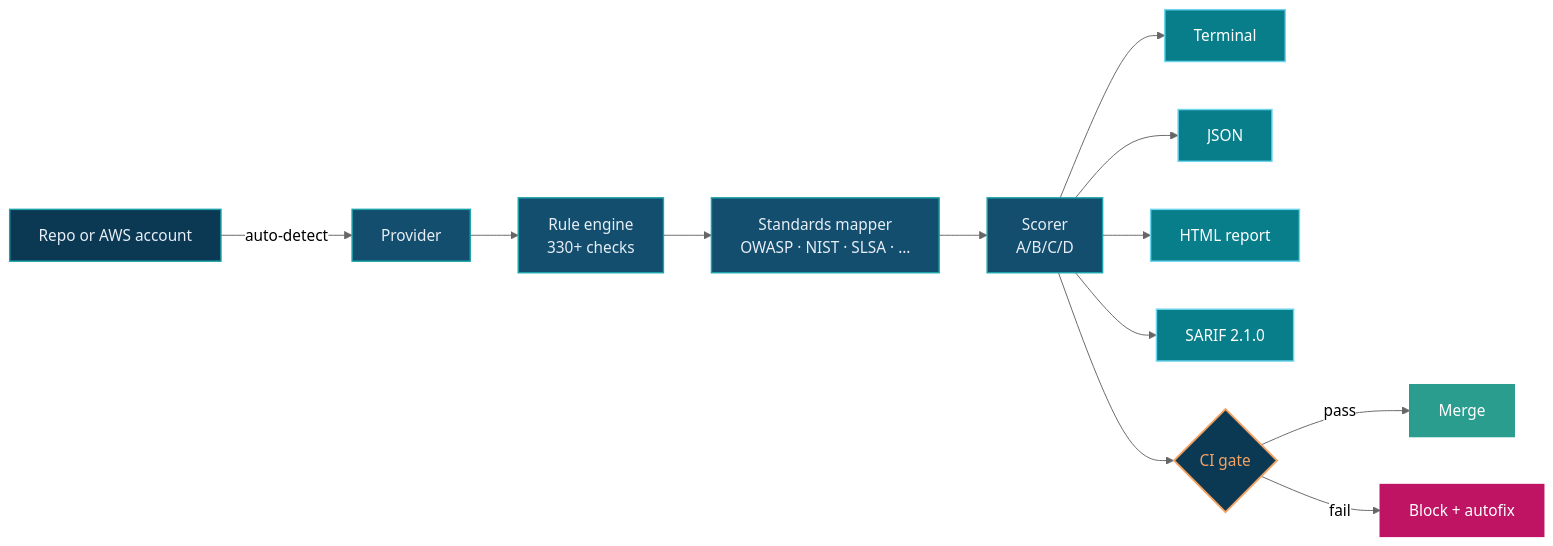
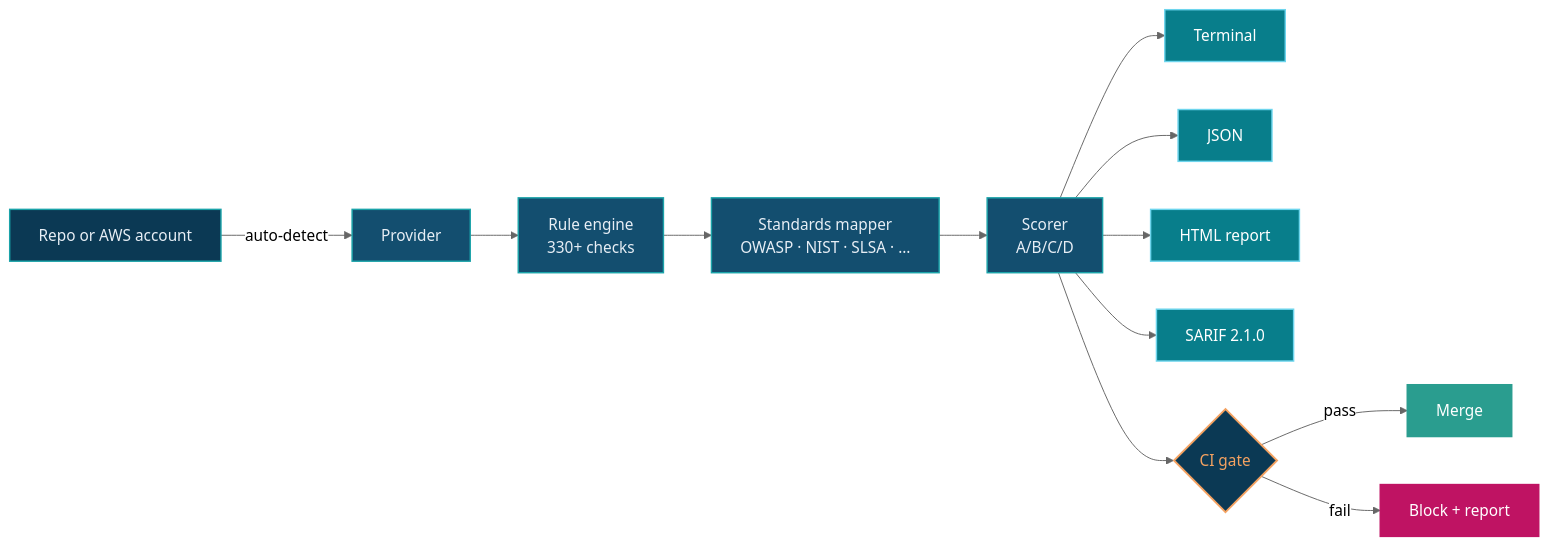
Before and after one commit to dmartinochoa/pipeline-check: the diagram in docs/index.md, drawn with Mermaid (neutral theme). The commit also changed other lines of this file and 12 other files, not shown here.

````diff
--- a/docs/index.md
+++ b/docs/index.md
@@ -167,41 +168,41 @@
 ```mermaid
 flowchart LR
     A[Repo or AWS account] -->|auto-detect| B[Provider]
     B --> C[Rule engine<br/>330+ checks]
     C --> D[Standards mapper<br/>OWASP · NIST · SLSA · …]
     D --> E[Scorer<br/>A/B/C/D]
     E --> F1[Terminal]
     E --> F2[JSON]
     E --> F3[HTML report]
     E --> F4[SARIF 2.1.0]
     E --> G{CI gate}
     G -->|pass| H[Merge]
-    G -->|fail| I[Block + autofix]
+    G -->|fail| I[Block + report]
 
     click A "usage/" "Repo on disk or live AWS account — no API tokens, no SaaS"
     click B "providers/" "Auto-detected from cwd; override with --pipeline NAME"
     click C "attack_chains/" "330+ rules emit findings with severity, location, fix"
     click D "standards/" "Findings mapped to OWASP, NIST SSDF, SLSA, CIS, …"
     click E "scoring_model/" "Severity-weighted 0–100 score with an A/B/C/D grade"
     click F1 "output/#terminal" "Rich color table for humans"
     click F2 "output/#json" "Machine-parseable JSON for scripts"
     click F3 "output/#html" "HTML report with client-side filters"
     click F4 "output/#sarif" "SARIF 2.1.0 for GitHub code scanning, Defender for DevOps"
-    click G "ci_gate/" "Severity caps, baseline diff, ignore file, autofix — pass/fail contract"
+    click G "ci_gate/" "Severity caps, baseline diff, ignore file — pass/fail contract"
     click H "ci_gate/" "Severity below thresholds, exit 0"
-    click I "ci_gate/" "Severity above threshold; --apply autofix to clear"
+    click I "ci_gate/" "Severity above threshold; non-zero exit + report (--fix patches the subset that has a fixer)"
 
     classDef src      fill:#0b3954,stroke:#1ba3a9,stroke-width:1.5px,color:#e7eef5;
     classDef step     fill:#134e6f,stroke:#1ba3a9,stroke-width:1.5px,color:#e7eef5;
     classDef out      fill:#087e8b,stroke:#6dd5ed,stroke-width:1.5px,color:#fff;
     classDef gate     fill:#0b3954,stroke:#f4a261,stroke-width:2px,color:#f4a261;
     classDef pass     fill:#2a9d8f,stroke:#2a9d8f,stroke-width:1.5px,color:#fff;
     classDef fail     fill:#bf1363,stroke:#bf1363,stroke-width:1.5px,color:#fff;
 
     class A src;
     class B,C,D,E step;
     class F1,F2,F3,F4 out;
     class G gate;
     class H pass;
     class I fail;
 ```
````
